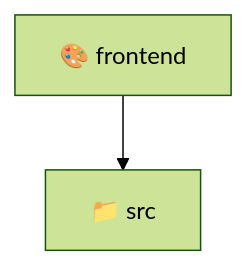
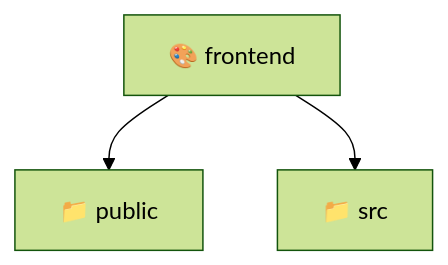
Before and after one commit to beginwebdev2002/fullstack-mavluda: the diagram in frontend/README.md, drawn with Mermaid (forest theme). The commit also changed other lines of this file and 156 other files, not shown here.

First line of the commit message:
docs: generate comprehensive localized readmes for 100% architectural transparency

````diff
--- a/frontend/README.md
+++ b/frontend/README.md
@@ -9,5 +9,6 @@
 ```mermaid
 graph TD
-  Root["🎨 frontend"]
-  Root --> src["📁 src"]
+  frontend["🎨 frontend"]
+  frontend --> public["📁 public"]
+  frontend --> src["📁 src"]
 ```
````
